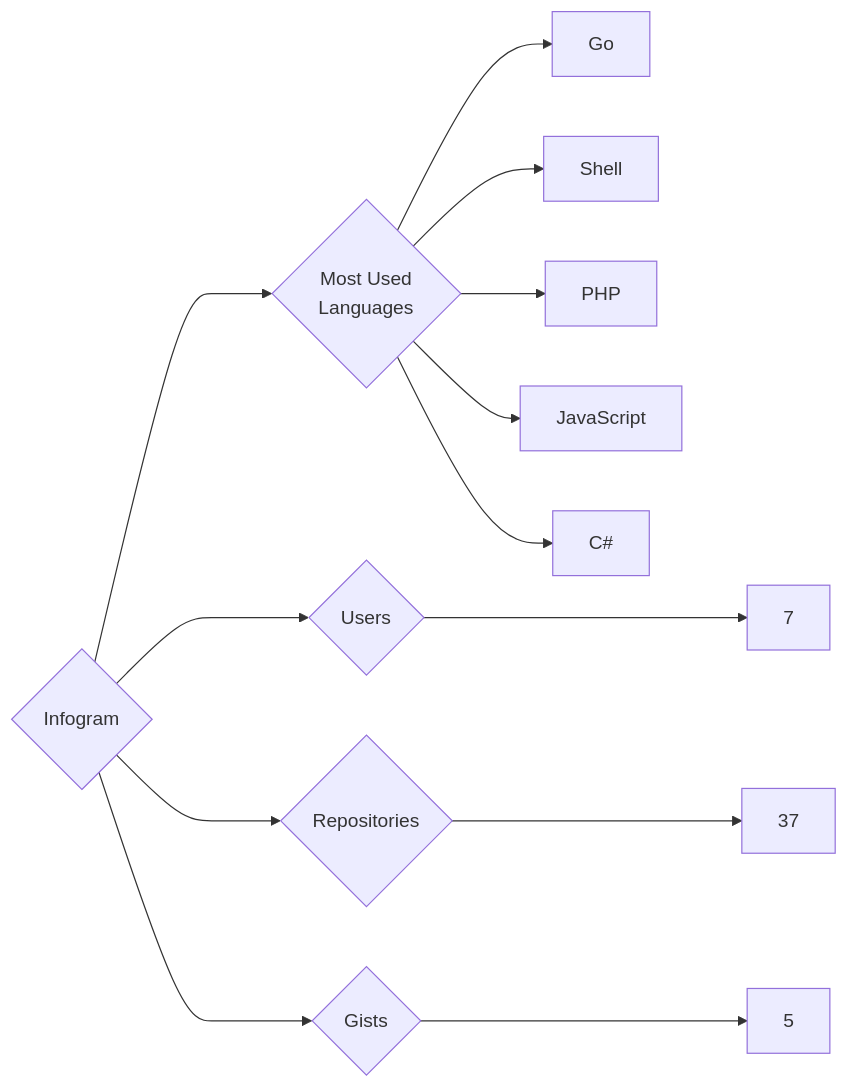
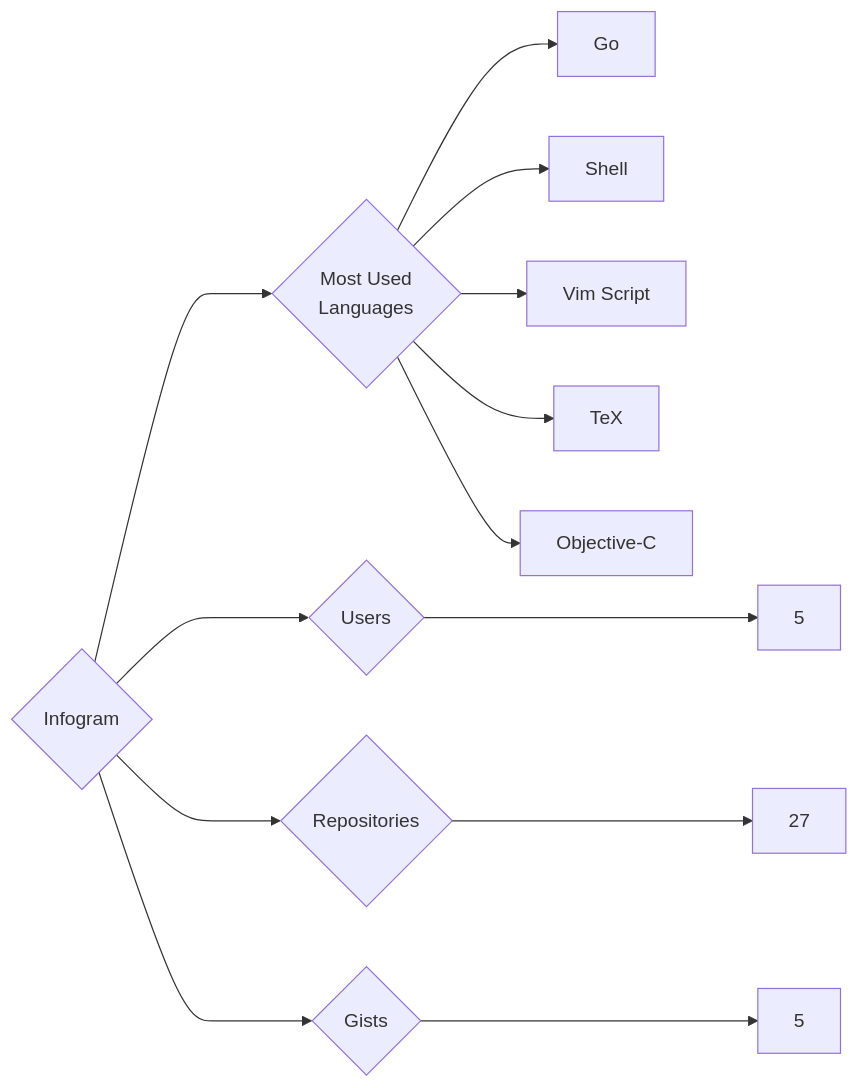
Before and after one commit to trickest/insiders: the diagram in targets/Infogram/README.md, drawn with Mermaid. The commit also changed 1195 other files, not shown here.

````diff
--- a/targets/Infogram/README.md
+++ b/targets/Infogram/README.md
@@ -3,13 +3,13 @@
 ```mermaid
 graph LR
 COMPANY_NAME{Infogram}
-COMPANY_NAME ---> U{Users} ---> UN[7]
-COMPANY_NAME ---> R{Repositories} ---> RN[37]
+COMPANY_NAME ---> U{Users} ---> UN[5]
+COMPANY_NAME ---> R{Repositories} ---> RN[27]
 COMPANY_NAME ---> G{Gists} ---> GN[5]
 COMPANY_NAME ---> ML{Most Used<br>Languages}
 ML --> Go[Go]
 ML --> Shell[Shell]
-ML --> PHP[PHP]
-ML --> JavaScript[JavaScript]
-ML --> C#[C#]
+ML --> Vim_Script[Vim Script]
+ML --> TeX[TeX]
+ML --> Objective-C[Objective-C]
 ```
````
